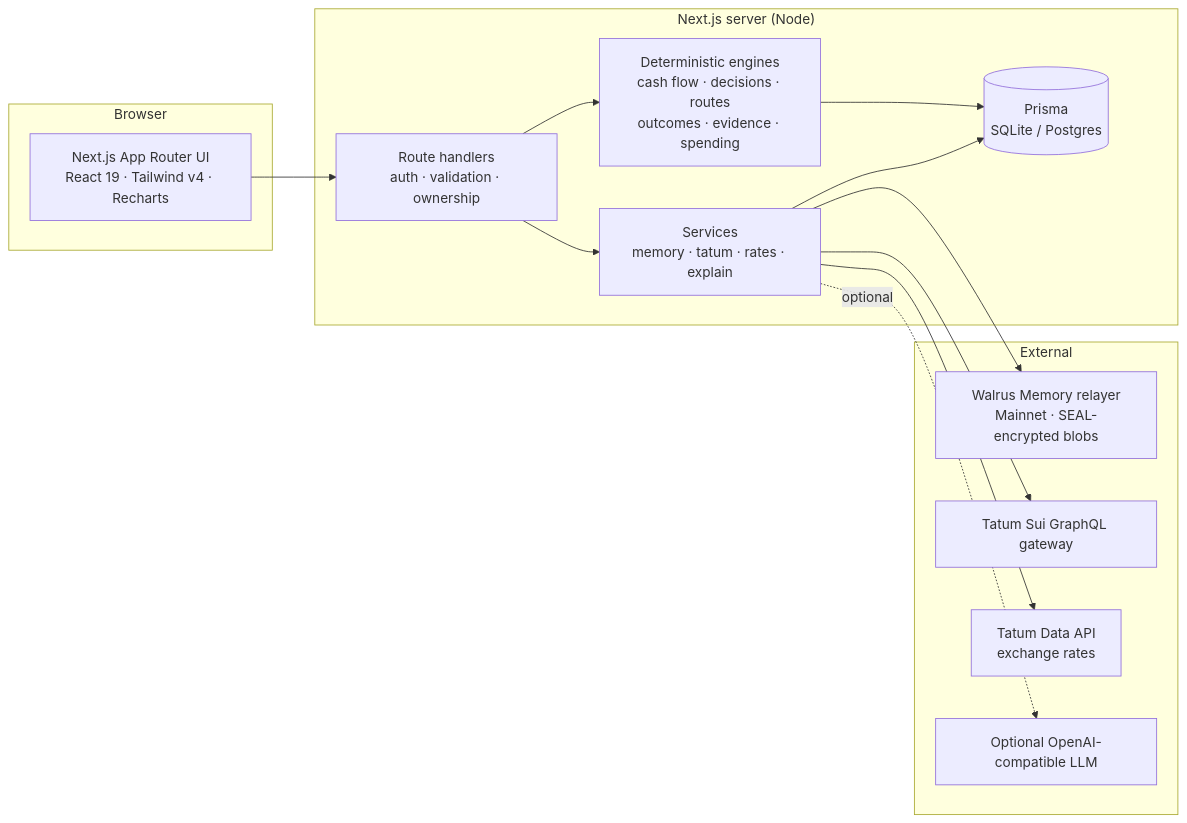
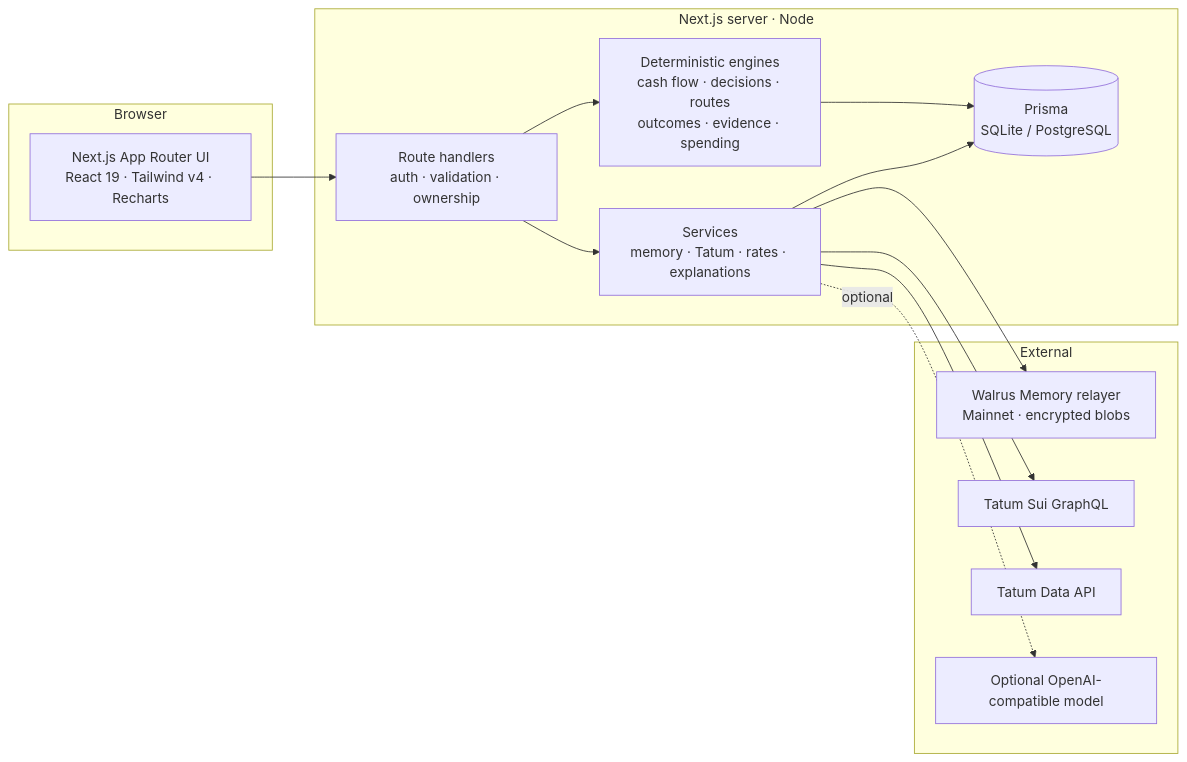
The first of 2 diagrams in README.md (drained69/landed), drawn with Mermaid before and after one commit. The commit also changed other lines of this file and 96 other files, not shown here.

````diff
--- a/README.md
+++ b/README.md
@@ -134,26 +119,30 @@
 ```mermaid
 flowchart LR
     subgraph Browser
         UI[Next.js App Router UI<br/>React 19 · Tailwind v4 · Recharts]
     end
-    subgraph Server["Next.js server (Node)"]
+
+    subgraph Server["Next.js server · Node"]
         API[Route handlers<br/>auth · validation · ownership]
         ENG[Deterministic engines<br/>cash flow · decisions · routes<br/>outcomes · evidence · spending]
-        SVC[Services<br/>memory · tatum · rates · explain]
-        DB[(Prisma<br/>SQLite / Postgres)]
+        SVC[Services<br/>memory · Tatum · rates · explanations]
+        DB[(Prisma<br/>SQLite / PostgreSQL)]
     end
+
     subgraph External
-        WAL[Walrus Memory relayer<br/>Mainnet · SEAL-encrypted blobs]
-        TRPC[Tatum Sui GraphQL gateway]
-        TDATA[Tatum Data API<br/>exchange rates]
-        LLM[Optional OpenAI-compatible LLM]
+        WAL[Walrus Memory relayer<br/>Mainnet · encrypted blobs]
+        TGRAPHQL[Tatum Sui GraphQL]
+        TDATA[Tatum Data API]
+        LLM[Optional OpenAI-compatible model]
     end
-    UI --> API --> ENG
+
+    UI --> API
+    API --> ENG
     API --> SVC
     ENG --> DB
     SVC --> DB
     SVC --> WAL
-    SVC --> TRPC
+    SVC --> TGRAPHQL
     SVC --> TDATA
-    SVC -.optional.-> LLM
+    SVC -. optional .-> LLM
 ```
````
